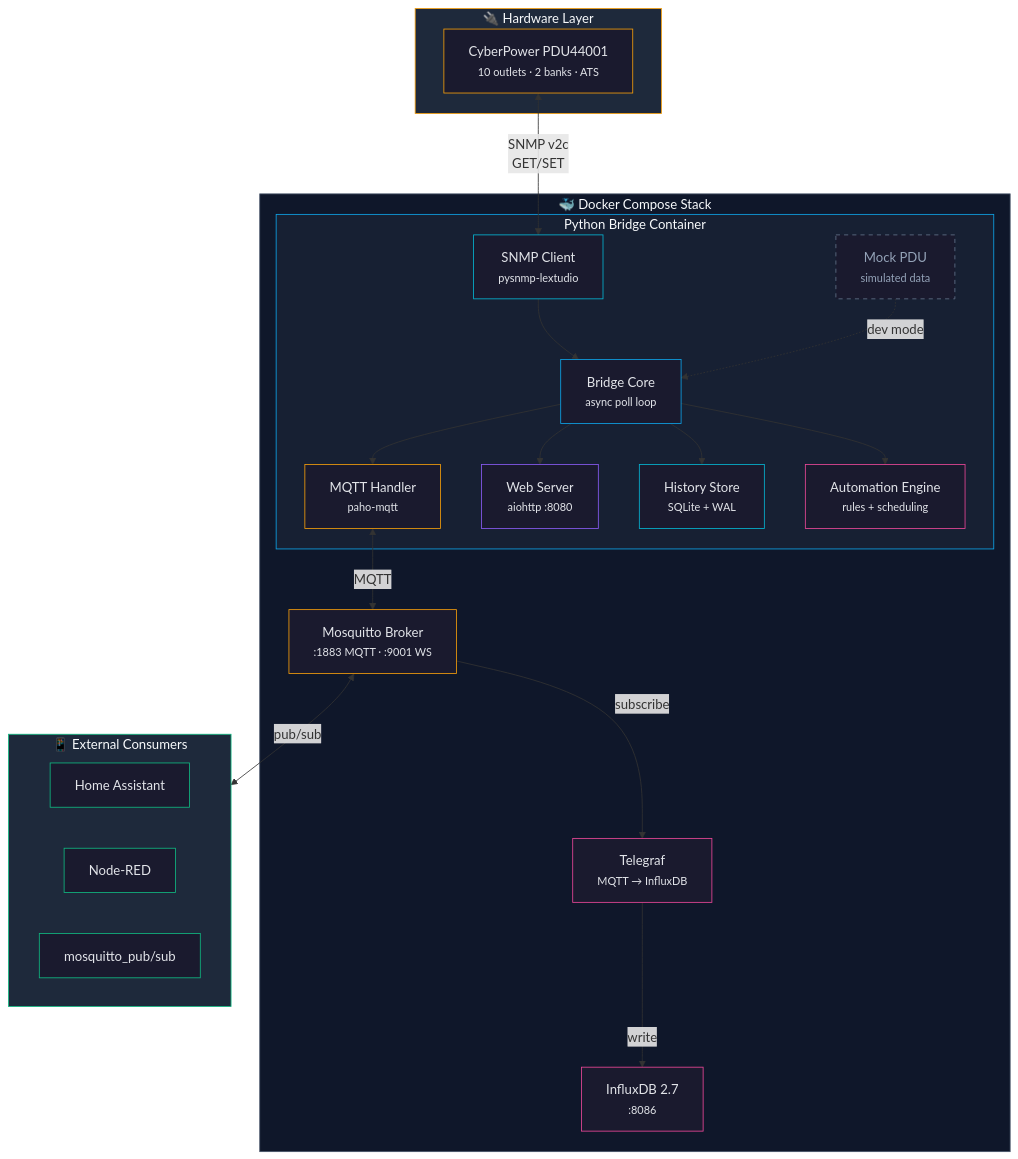
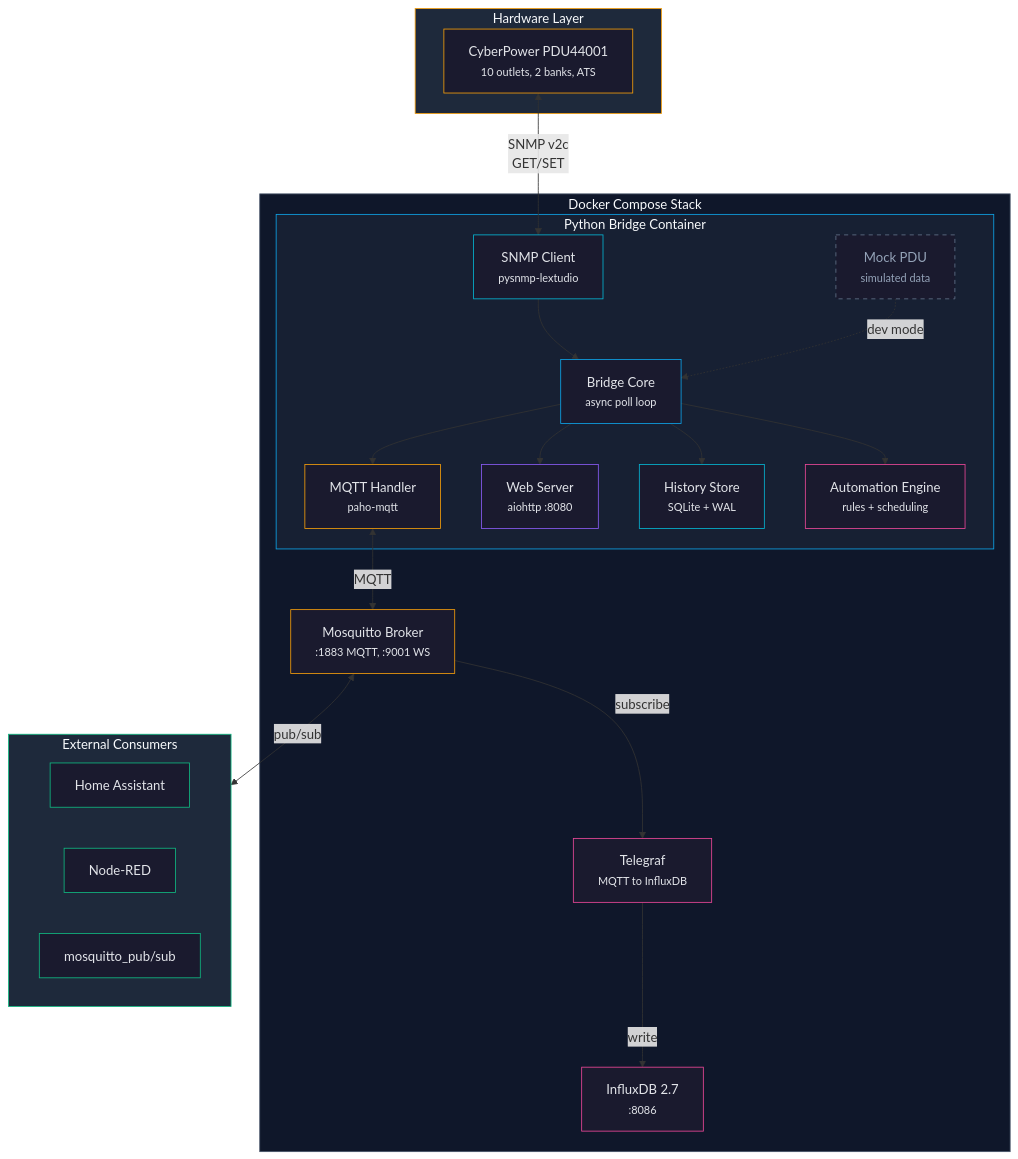
Before and after one commit to mvalancy/CyberPower-PDU: the first of 4 diagrams in docs/architecture.md, drawn with Mermaid. The commit also changed other lines of this file and 3 other files, not shown here.

````diff
--- a/docs/architecture.md
+++ b/docs/architecture.md
@@ -9,59 +65,59 @@
 ```mermaid
 graph TB
-    subgraph Hardware ["🔌 Hardware Layer"]
-        PDU["CyberPower PDU44001<br/><small>10 outlets · 2 banks · ATS</small>"]
+    subgraph Hardware ["Hardware Layer"]
+        PDU["CyberPower PDU44001<br/><small>10 outlets, 2 banks, ATS</small>"]
     end
 
-    subgraph Docker ["🐳 Docker Compose Stack"]
+    subgraph Docker ["Docker Compose Stack"]
         subgraph BridgeContainer ["Python Bridge Container"]
             SNMP["SNMP Client<br/><small>pysnmp-lextudio</small>"]
             Core["Bridge Core<br/><small>async poll loop</small>"]
             MQTTHandler["MQTT Handler<br/><small>paho-mqtt</small>"]
             WebServer["Web Server<br/><small>aiohttp :8080</small>"]
             History["History Store<br/><small>SQLite + WAL</small>"]
             Automation["Automation Engine<br/><small>rules + scheduling</small>"]
             Mock["Mock PDU<br/><small>simulated data</small>"]
         end
 
-        Mosquitto["Mosquitto Broker<br/><small>:1883 MQTT · :9001 WS</small>"]
-        Telegraf["Telegraf<br/><small>MQTT → InfluxDB</small>"]
+        Mosquitto["Mosquitto Broker<br/><small>:1883 MQTT, :9001 WS</small>"]
+        Telegraf["Telegraf<br/><small>MQTT to InfluxDB</small>"]
         InfluxDB["InfluxDB 2.7<br/><small>:8086</small>"]
     end
 
-    subgraph Consumers ["📱 External Consumers"]
+    subgraph Consumers ["External Consumers"]
         HA["Home Assistant"]
         NodeRED["Node-RED"]
         CLI["mosquitto_pub/sub"]
     end
 
     PDU <-->|"SNMP v2c<br/>GET/SET"| SNMP
     SNMP --> Core
     Core --> MQTTHandler
     Core --> History
     Core --> Automation
     Core --> WebServer
     Mock -.->|"dev mode"| Core
     MQTTHandler <-->|"MQTT"| Mosquitto
     Mosquitto -->|"subscribe"| Telegraf
     Telegraf -->|"write"| InfluxDB
     Mosquitto <-->|"pub/sub"| Consumers
 
     style Hardware fill:#1e293b,stroke:#f59e0b,color:#f8fafc
     style Docker fill:#0f172a,stroke:#475569,color:#f8fafc
     style BridgeContainer fill:#172033,stroke:#0ea5e9,color:#f8fafc
     style Consumers fill:#1e293b,stroke:#10b981,color:#f8fafc
     style PDU fill:#1a1a2e,stroke:#f59e0b,color:#e2e4e9
     style SNMP fill:#1a1a2e,stroke:#06b6d4,color:#e2e4e9
     style Core fill:#1a1a2e,stroke:#0ea5e9,color:#e2e4e9
     style MQTTHandler fill:#1a1a2e,stroke:#f59e0b,color:#e2e4e9
     style WebServer fill:#1a1a2e,stroke:#8b5cf6,color:#e2e4e9
     style History fill:#1a1a2e,stroke:#06b6d4,color:#e2e4e9
     style Automation fill:#1a1a2e,stroke:#ec4899,color:#e2e4e9
     style Mock fill:#1a1a2e,stroke:#64748b,color:#94a3b8,stroke-dasharray:5
     style Mosquitto fill:#1a1a2e,stroke:#f59e0b,color:#e2e4e9
     style Telegraf fill:#1a1a2e,stroke:#ec4899,color:#e2e4e9
     style InfluxDB fill:#1a1a2e,stroke:#ec4899,color:#e2e4e9
     style HA fill:#1a1a2e,stroke:#10b981,color:#e2e4e9
     style NodeRED fill:#1a1a2e,stroke:#10b981,color:#e2e4e9
     style CLI fill:#1a1a2e,stroke:#10b981,color:#e2e4e9
 ```
````
